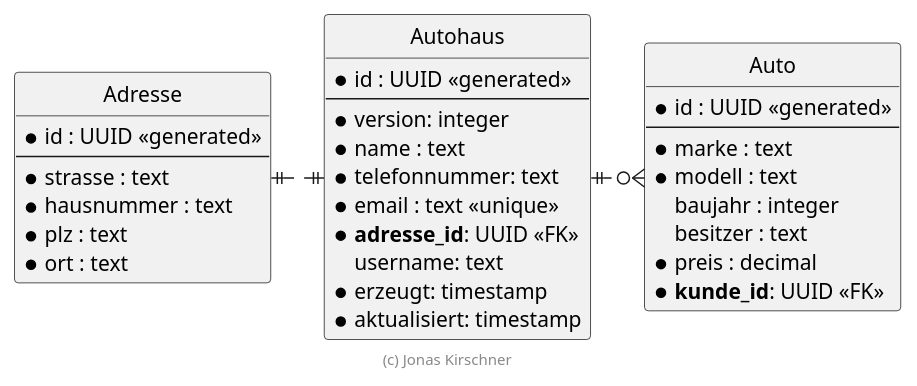
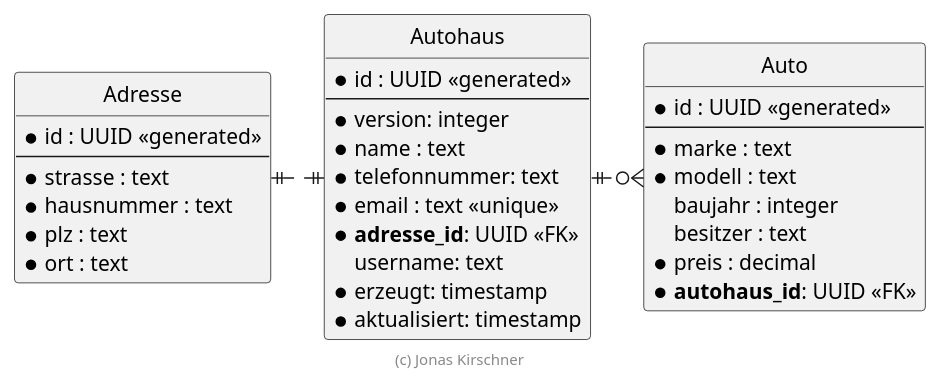
Before and after one commit to JBones35/AutohausJavaSwa: the diagram in extras/doc/er-diagramm.plantuml, drawn with PlantUML. The commit also changed 62 other files, not shown here.

```diff
--- a/extras/doc/er-diagramm.plantuml
+++ b/extras/doc/er-diagramm.plantuml
@@ -1,45 +1,45 @@
 @startuml ER Diagramm
 
 hide circle
 
 skinparam linetype ortho
 
 entity "Adresse" {
   * id : UUID <<generated>>
   --
   * strasse : text
   * hausnummer : text
   * plz : text
   * ort : text
 }
 
 entity "Autohaus" {
   * id : UUID <<generated>>
   --
   * version: integer
   * name : text
   * telefonnummer: text
   * email : text <<unique>>
   * **adresse_id**: UUID <<FK>>
     username: text
   * erzeugt: timestamp
   * aktualisiert: timestamp
 }
 
 entity "Auto" {
   * id : UUID <<generated>>
   --
   * marke : text
   * modell : text
     baujahr : integer
     besitzer : text
   * preis : decimal
-  * **kunde_id**: UUID <<FK>>
+  * **autohaus_id**: UUID <<FK>>
 }
 
 Autohaus ||.left.|| Adresse
 Autohaus ||.right.o{ Auto
 
 footer (c) Jonas Kirschner
 
 @enduml
```
